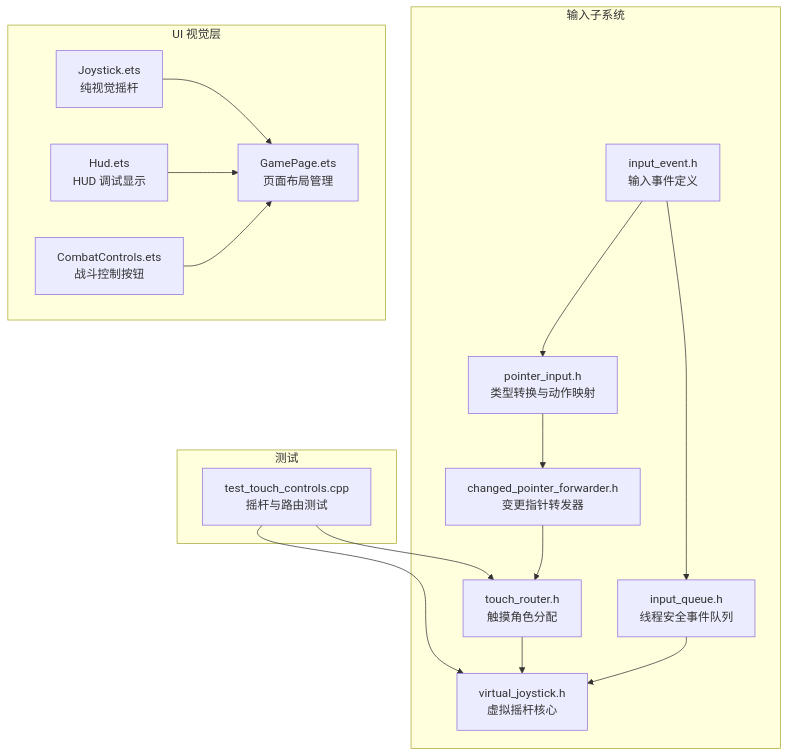
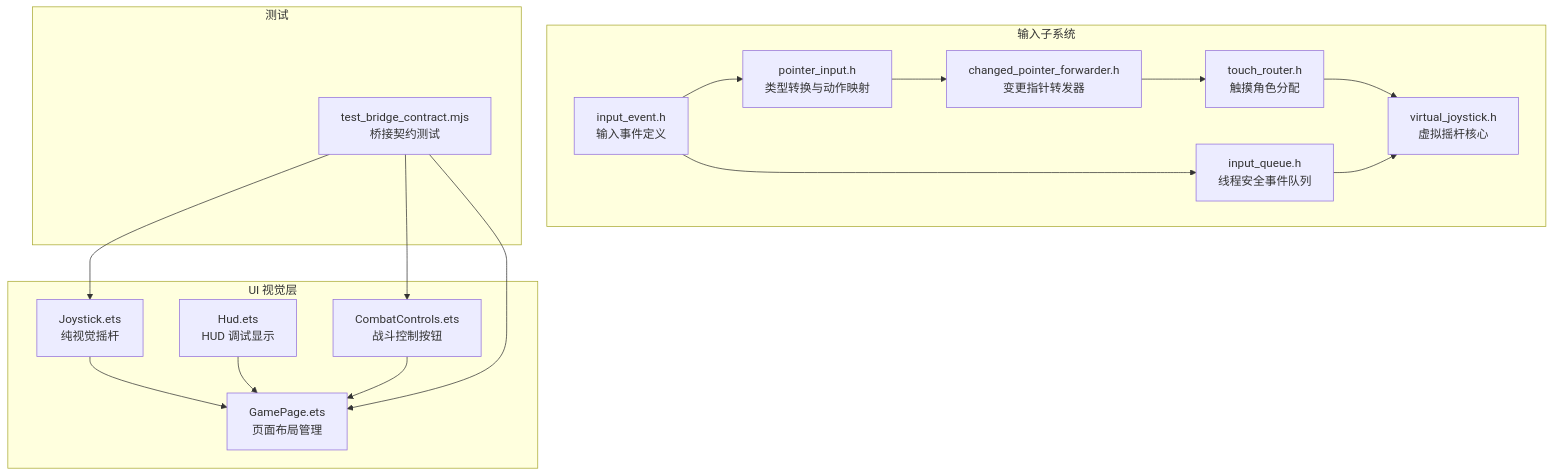
One commit to sj123sheng/my-world changed the first of 6 diagrams in .qoder/repowiki/zh/content/输入处理系统/虚拟摇杆控制.md. Above: the diagram before and after it, drawn with Mermaid. The commit also changed other lines of this file and 28 other files, not shown here.

````diff
--- a/.qoder/repowiki/zh/content/输入处理系统/虚拟摇杆控制.md
+++ b/.qoder/repowiki/zh/content/输入处理系统/虚拟摇杆控制.md
@@ -44,31 +45,32 @@
 ```mermaid
 graph TB
 subgraph "输入子系统"
 IE["input_event.h<br/>输入事件定义"]
 PI["pointer_input.h<br/>类型转换与动作映射"]
 CPF["changed_pointer_forwarder.h<br/>变更指针转发器"]
 TR["touch_router.h<br/>触摸角色分配"]
 IQ["input_queue.h<br/>线程安全事件队列"]
 VJ["virtual_joystick.h<br/>虚拟摇杆核心"]
 end
 subgraph "UI 视觉层"
 JS["Joystick.ets<br/>纯视觉摇杆"]
 HD["Hud.ets<br/>HUD 调试显示"]
 CC["CombatControls.ets<br/>战斗控制按钮"]
 GP["GamePage.ets<br/>页面布局管理"]
 end
 subgraph "测试"
-TTC["test_touch_controls.cpp<br/>摇杆与路由测试"]
+TBC["test_bridge_contract.mjs<br/>桥接契约测试"]
 end
 IE --> PI
 PI --> CPF
 CPF --> TR
 TR --> VJ
 IE --> IQ
 IQ --> VJ
 JS --> GP
 HD --> GP
 CC --> GP
-TTC --> VJ
-TTC --> TR
+TBC --> JS
+TBC --> CC
+TBC --> GP
 ```
````
